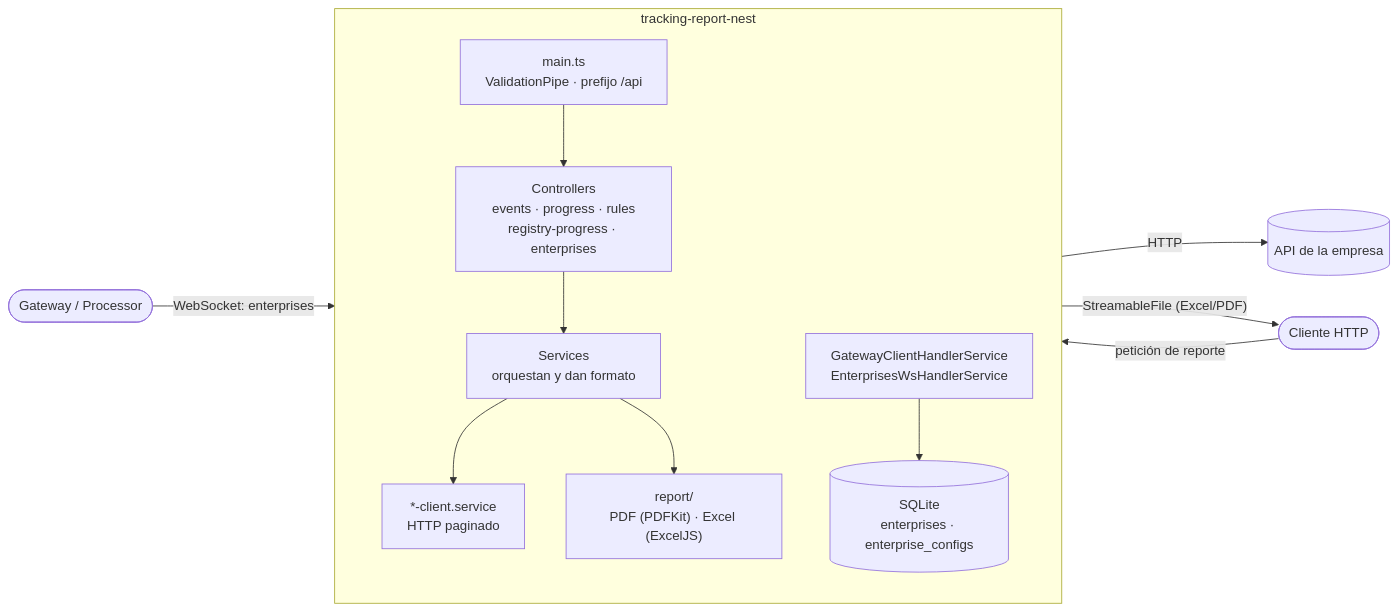
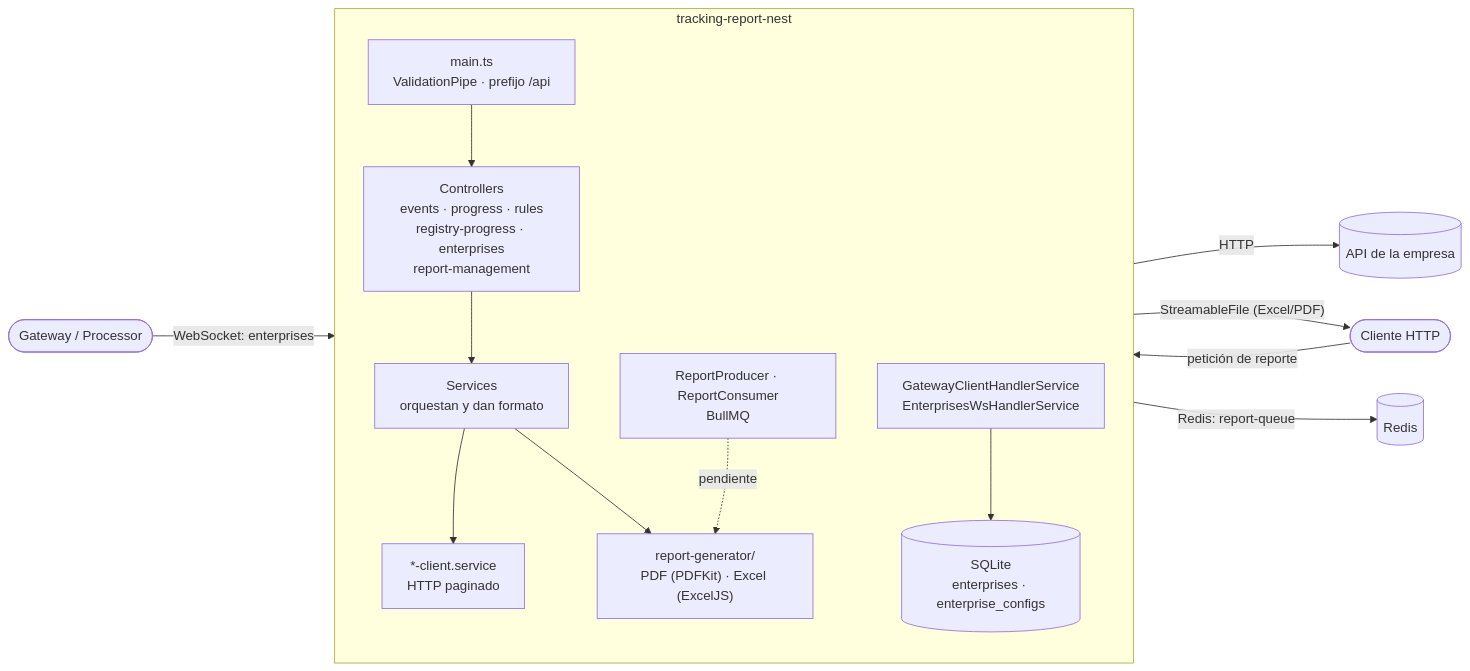
The first of 6 diagrams in docs/05-arquitectura.md (Maur025/tracking-report-nest), drawn with Mermaid before and after one commit. The commit also changed other lines of this file and 15 other files, not shown here.

````diff
--- a/docs/05-arquitectura.md
+++ b/docs/05-arquitectura.md
@@ -15,27 +17,30 @@
 ```mermaid
 flowchart LR
     Client([Cliente HTTP])
     Processor([Gateway / Processor])
     CompanyAPI[(API de la empresa)]
 
     subgraph TR["tracking-report-nest"]
         direction TB
         Main["main.ts<br/>ValidationPipe · prefijo /api"]
-        Ctrl["Controllers<br/>events · progress · rules<br/>registry-progress · enterprises"]
+        Ctrl["Controllers<br/>events · progress · rules<br/>registry-progress · enterprises<br/>report-management"]
         Svc["Services<br/>orquestan y dan formato"]
         Clients["*-client.service<br/>HTTP paginado"]
-        Report["report/<br/>PDF (PDFKit) · Excel (ExcelJS)"]
+        Report["report-generator/<br/>PDF (PDFKit) · Excel (ExcelJS)"]
         Ws["GatewayClientHandlerService<br/>EnterprisesWsHandlerService"]
+        Queue["ReportProducer · ReportConsumer<br/>BullMQ"]
         DB[("SQLite<br/>enterprises · enterprise_configs")]
 
         Main --> Ctrl --> Svc
         Svc --> Clients
         Svc --> Report
         Ws --> DB
+        Queue -.->|"pendiente"| Report
     end
 
     Client -->|"petición de reporte"| Main
     Clients -->|"HTTP"| CompanyAPI
     Report -->|"StreamableFile (Excel/PDF)"| Client
     Processor -->|"WebSocket: enterprises"| Ws
+    Queue -->|"Redis: report-queue"| Redis[(Redis)]
 ```
````
